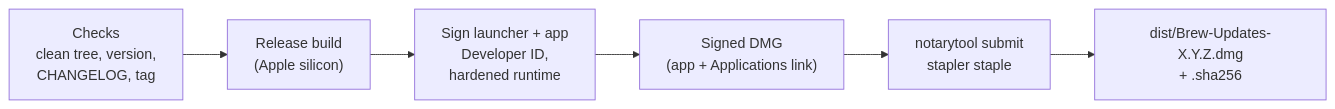
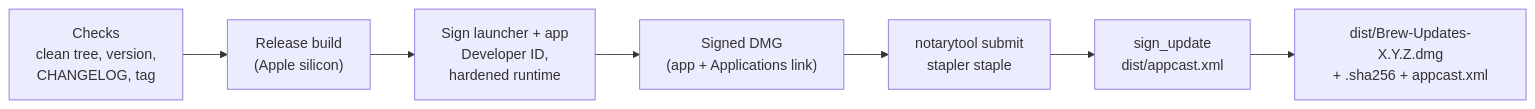
Before and after one commit to jxman/brew-updates: the diagram in docs/DEPLOYMENT.md, drawn with Mermaid. The commit also changed other lines of this file and 15 other files, not shown here.

````diff
--- a/docs/DEPLOYMENT.md
+++ b/docs/DEPLOYMENT.md
@@ -268,8 +268,9 @@
 ```mermaid
 flowchart LR
     checks["Checks<br/>clean tree, version,<br/>CHANGELOG, tag"] --> build["Release build<br/>(Apple silicon)"]
     build --> sign["Sign launcher + app<br/>Developer ID,<br/>hardened runtime"]
     sign --> dmg["Signed DMG<br/>(app + Applications link)"]
     dmg --> notary["notarytool submit<br/>stapler staple"]
-    notary --> out["dist/Brew-Updates-X.Y.Z.dmg<br/>+ .sha256"]
+    notary --> appcast["sign_update<br/>dist/appcast.xml"]
+    appcast --> out["dist/Brew-Updates-X.Y.Z.dmg<br/>+ .sha256 + appcast.xml"]
 ```
````
